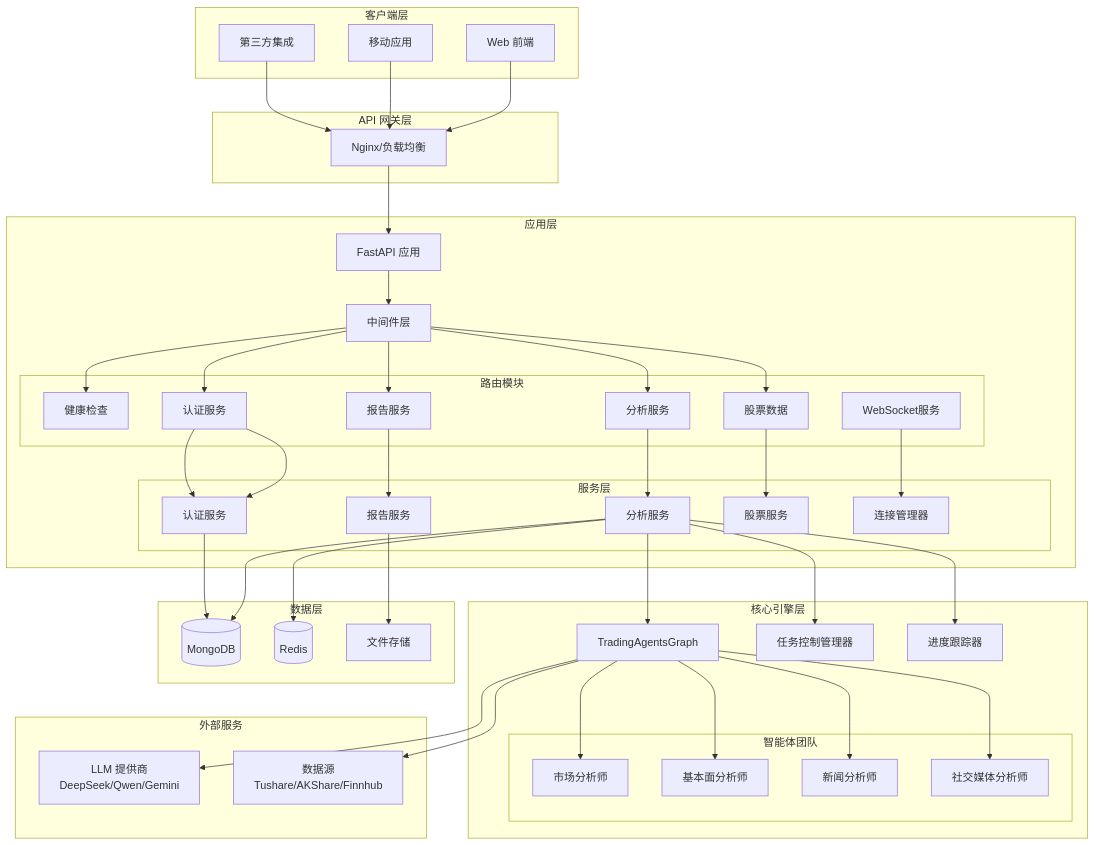
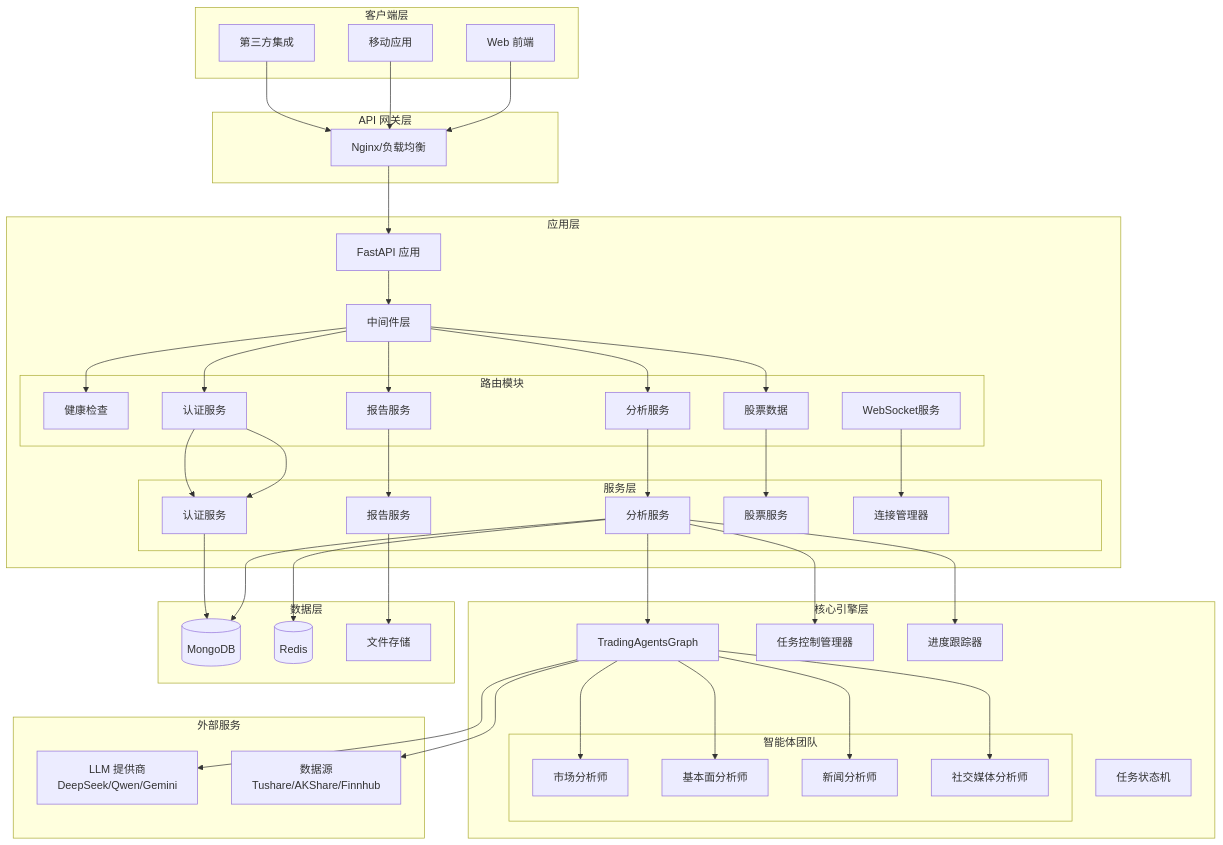
Before and after one commit to ytwei72/TradingAgents-CN: the first of 3 diagrams in app/后端服务接口架构设计.md, drawn with Mermaid. The commit also changed other lines of this file and 10 other files, not shown here.

```diff
--- a/app/后端服务接口架构设计.md
+++ b/app/后端服务接口架构设计.md
@@ -94,6 +94,7 @@
         
         TaskManager[任务控制管理器]
         ProgressTracker[进度跟踪器]
+        TaskStateMachine[任务状态机]
     end
     
     subgraph "数据层"
```
